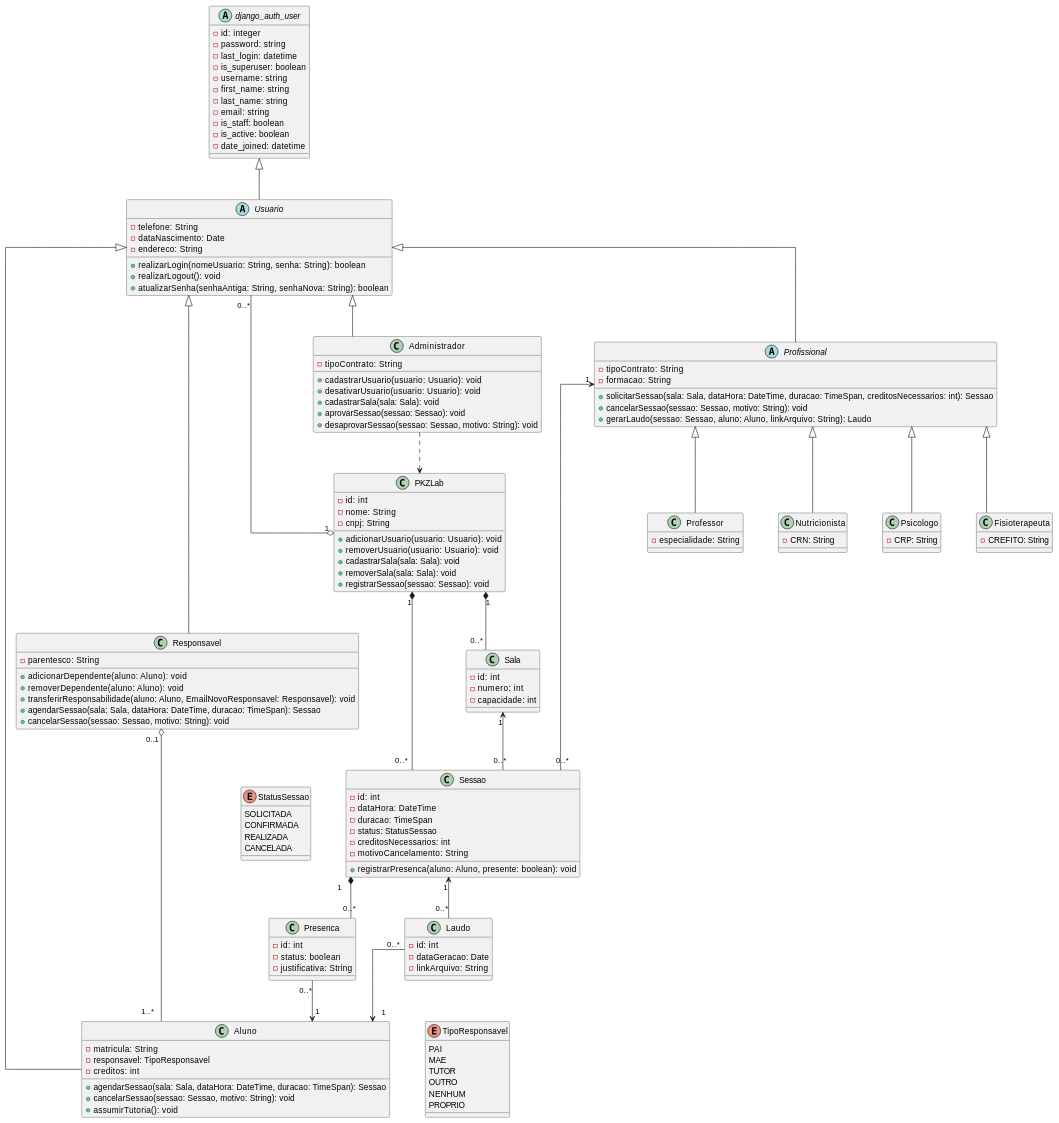
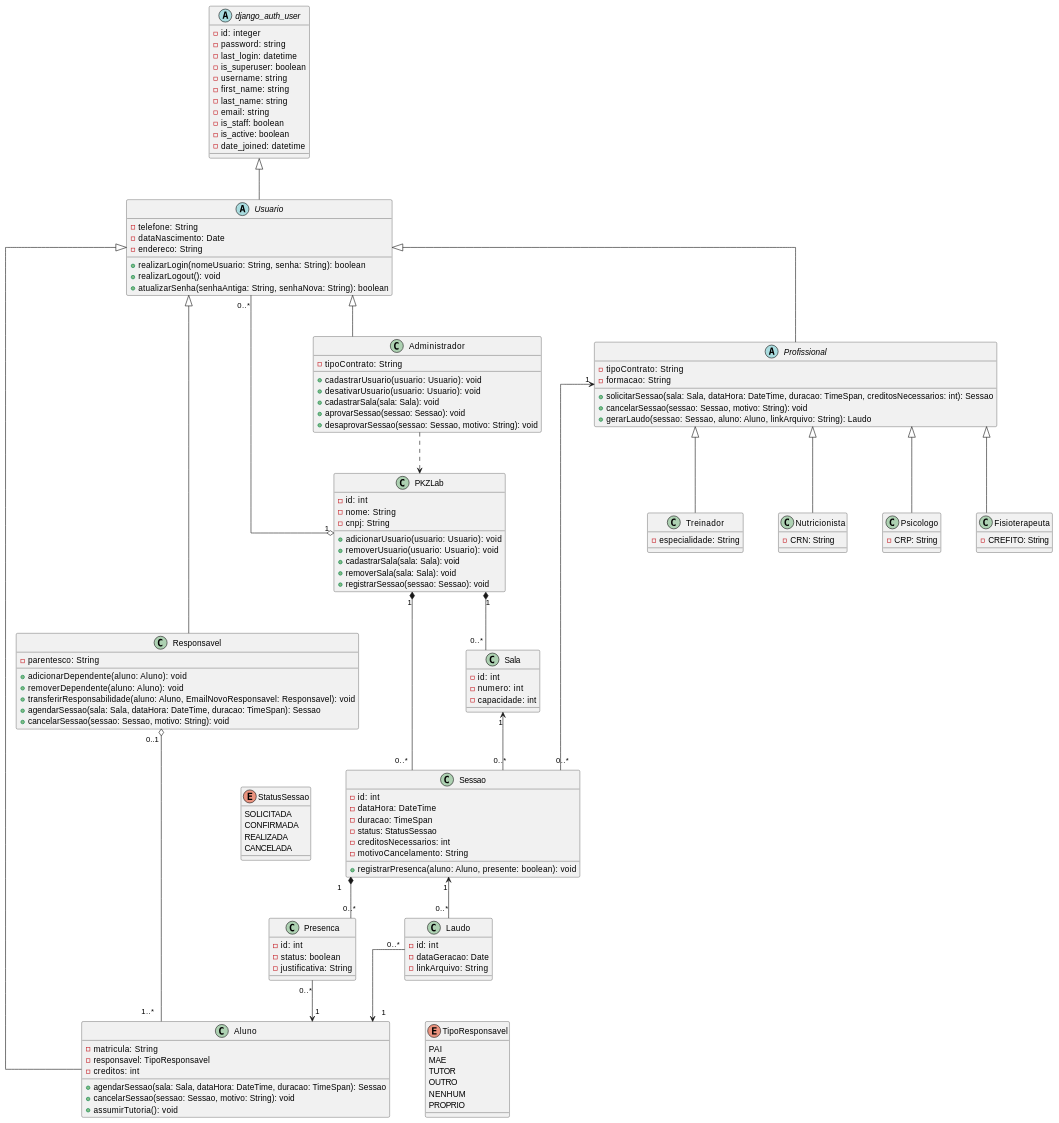
The diagram in docs/Elaboracao/diagrama_de_classes.md (Projetos-de-Extensao/PECDII_26.2_8001_III), drawn with PlantUML before and after one commit. The commit also changed other lines of this file and 1 other file, not shown here.

Commit message:
docs: muda o nome da Classe Prodessor para Treinador no diagrama de classes

```diff
--- a/docs/Elaboracao/diagrama_de_classes.md
+++ b/docs/Elaboracao/diagrama_de_classes.md
@@ -114,7 +114,7 @@
     + gerarLaudo(sessao: Sessao, aluno: Aluno, linkArquivo: String): Laudo
 }
 
-class Professor {
+class Treinador {
     - especialidade: String
 }
 
@@ -137,7 +137,7 @@
 Usuario <|-- Aluno
 Usuario <|-- Profissional
 
-Profissional <|-- Professor
+Profissional <|-- Treinador
 Profissional <|-- Nutricionista
 Profissional <|-- Psicologo
 Profissional <|-- Fisioterapeuta
```
